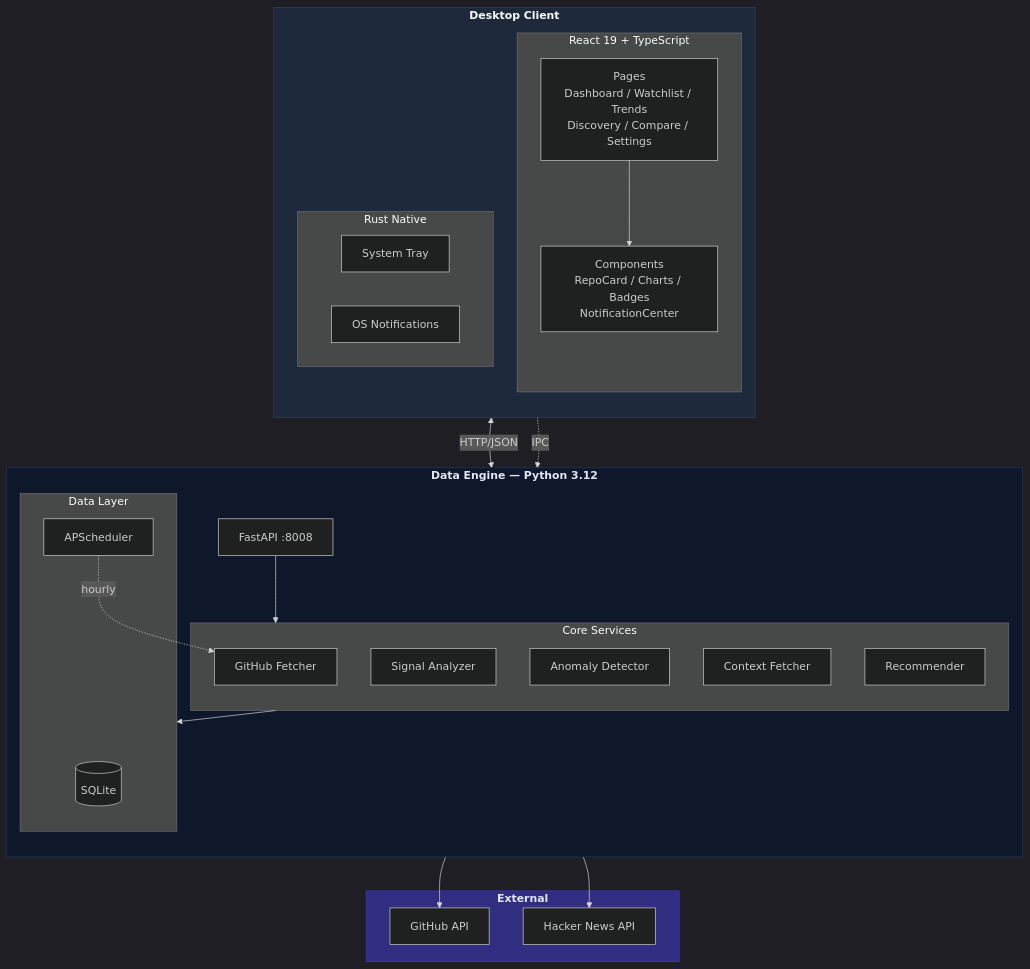
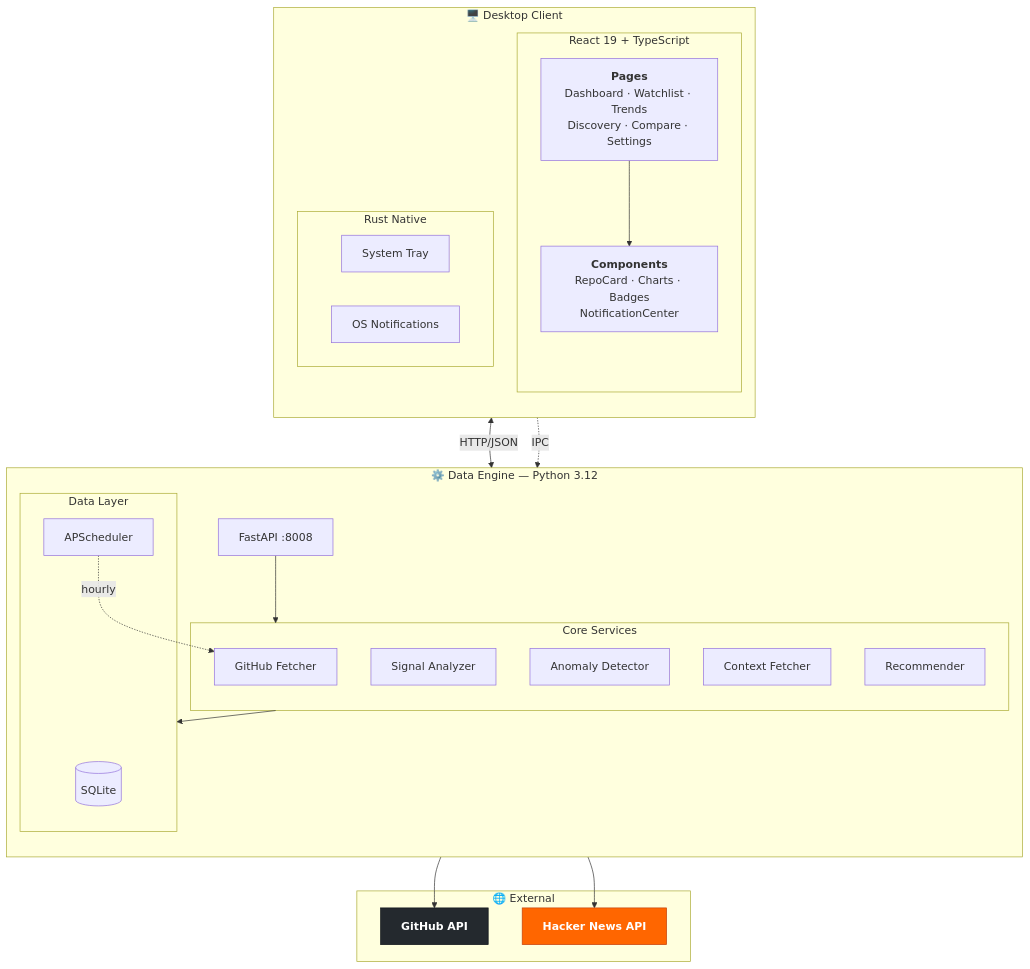
The second of 2 diagrams in README.md (Neal75418/StarScope), drawn with Mermaid before and after one commit. The commit also changed other lines of this file and 1 other file, not shown here.

First line of the commit message:
docs: restructure badges and icons, simplify sections

````diff
--- a/README.md
+++ b/README.md
@@ -77,54 +69,49 @@
 ```mermaid
-%%{init: {'theme': 'dark'}}%%
 graph TB
-    subgraph Desktop["Desktop Client"]
+    subgraph Desktop["🖥️ Desktop Client"]
         direction TB
         subgraph UI["React 19 + TypeScript"]
-            Pages["Pages\nDashboard / Watchlist / Trends\nDiscovery / Compare / Settings"]
-            Components["Components\nRepoCard / Charts / Badges\nNotificationCenter"]
+            Pages["<b>Pages</b><br/>Dashboard · Watchlist · Trends<br/>Discovery · Compare · Settings"]
+            Components["<b>Components</b><br/>RepoCard · Charts · Badges<br/>NotificationCenter"]
         end
         subgraph Native["Rust Native"]
             Tray["System Tray"]
             Notify["OS Notifications"]
         end
         Pages --> Components
     end
 
-    subgraph Engine["Data Engine — Python 3.12"]
+    subgraph Engine["⚙️ Data Engine — Python 3.12"]
         direction TB
         API["FastAPI :8008"]
         subgraph Services["Core Services"]
             Fetch["GitHub Fetcher"]
             Analyze["Signal Analyzer"]
             Detect["Anomaly Detector"]
             Context["Context Fetcher"]
             Recommend["Recommender"]
         end
         subgraph Data["Data Layer"]
             DB[("SQLite")]
             Sched["APScheduler"]
         end
         API --> Services
         Services --> Data
         Sched -.->|hourly| Fetch
     end
 
-    subgraph Ext["External"]
+    subgraph Ext["🌐 External"]
         GH["GitHub API"]
         HN["Hacker News API"]
     end
 
     Components <-->|HTTP/JSON| API
     Native -.->|IPC| API
     Fetch --> GH
     Context --> HN
 
-    classDef desktop fill:#1e293b,stroke:#334155,color:#f8fafc,font-weight:bold
-    classDef engine fill:#0f172a,stroke:#1e3a5f,color:#e2e8f0,font-weight:bold
-    classDef ext fill:#312e81,stroke:#4338ca,color:#e0e7ff,font-weight:bold
-    classDef node_default fill:#1e40af,stroke:#1d4ed8,color:#fff
-
-    class Desktop desktop
-    class Engine engine
-    class Ext ext
+    classDef github fill:#24292e,stroke:#0d1117,color:#fff,font-weight:bold
+    classDef hackernews fill:#ff6600,stroke:#c2410c,color:#fff,font-weight:bold
+    class GH github
+    class HN hackernews
 ```
````
